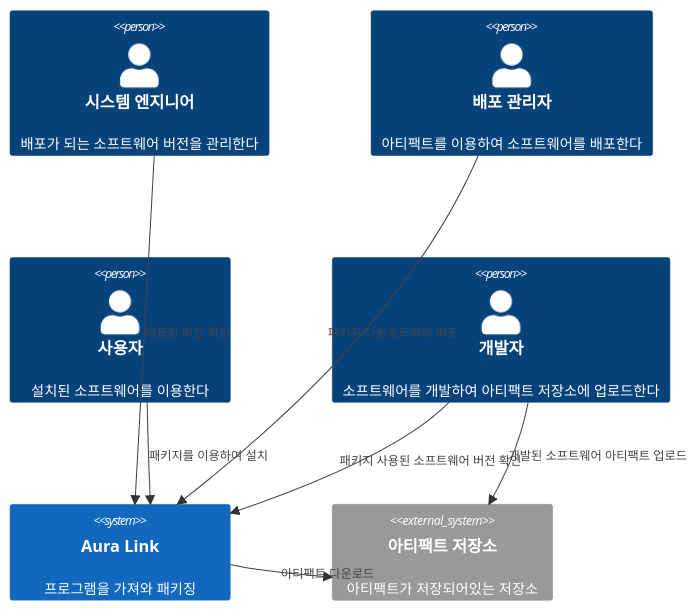
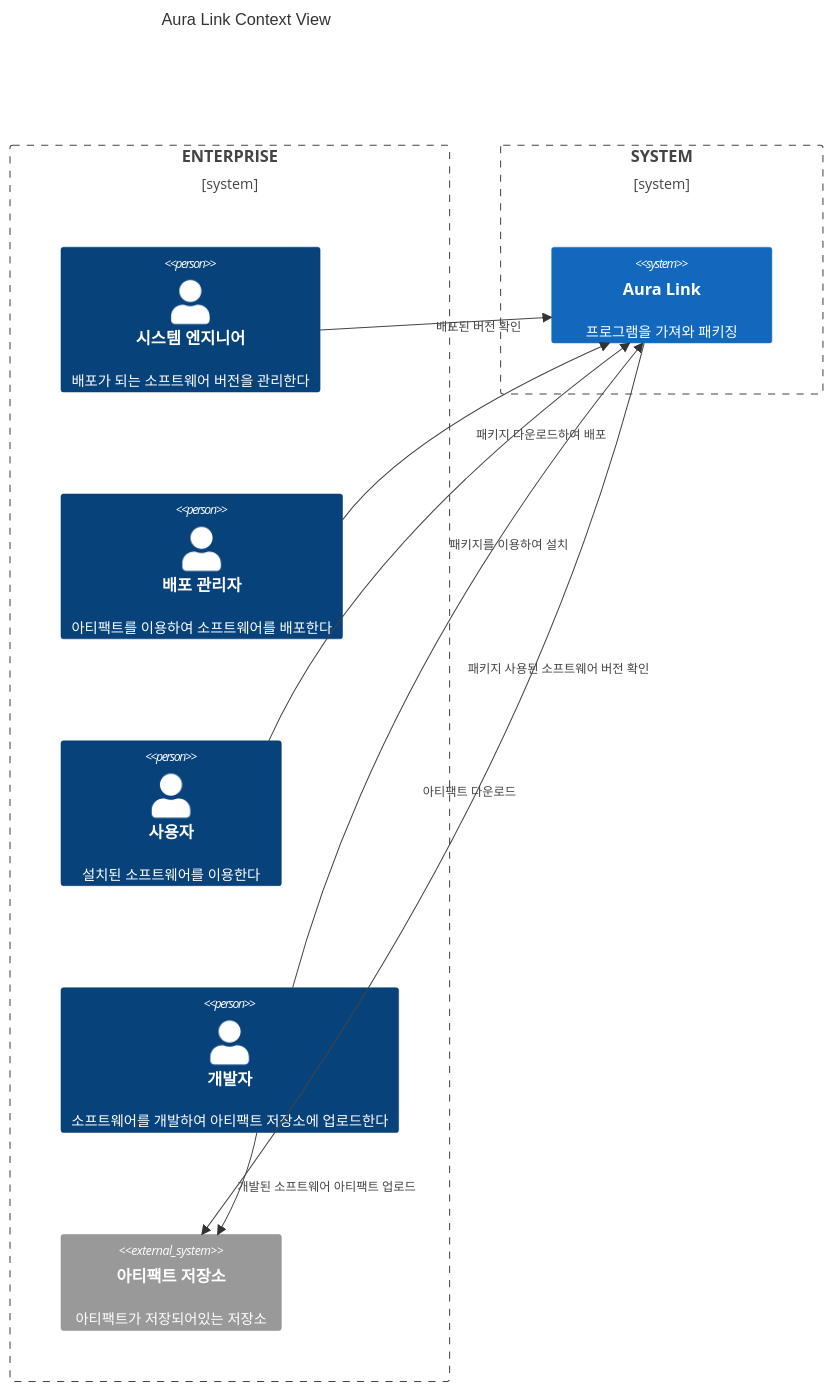
One commit to jameskwon07/AuraLink changed the first of 2 diagrams in docs/auralink_sdd.md. Above: the diagram before and after it, drawn with Mermaid. The commit also changed other lines of this file, not shown here.

````diff
--- a/docs/auralink_sdd.md
+++ b/docs/auralink_sdd.md
@@ -52,19 +49,26 @@
 ```mermaid
 C4Context
 
-Person(sys, "시스템 엔지니어", "배포가 되는 소프트웨어 버전을 관리한다")
-Person(ops, "배포 관리자", "아티팩트를 이용하여 소프트웨어를 배포한다")
-Person(user, "사용자", "설치된 소프트웨어를 이용한다")
-Person(dev, "개발자", "소프트웨어를 개발하여 아티팩트 저장소에 업로드한다")
-System(aura_link, "Aura Link", "프로그램을 가져와 패키징")
-System_Ext(artifacts, "아티팩트 저장소", "아티팩트가 저장되어있는 저장소")
+title Aura Link Context View
+
+Enterprise_Boundary("Enterprise") {
+  Person(sys, "시스템 엔지니어", "배포가 되는 소프트웨어 버전을 관리한다")
+  Person(ops, "배포 관리자", "아티팩트를 이용하여 소프트웨어를 배포한다")
+  Person(user, "사용자", "설치된 소프트웨어를 이용한다")
+  Person(dev, "개발자", "소프트웨어를 개발하여 아티팩트 저장소에 업로드한다")
+
+  System_Ext(artifacts, "아티팩트 저장소", "아티팩트가 저장되어있는 저장소")
+}
+System_Boundary("Aura Link") {
+  System(aura_link, "Aura Link", "프로그램을 가져와 패키징")
+}
     
 
 Rel(sys, aura_link, "배포된 버전 확인")
 Rel(dev, artifacts, "개발된 소프트웨어 아티팩트 업로드")
 Rel(dev, aura_link, "패키지 사용된 소프트웨어 버전 확인")
 Rel(ops, aura_link, "아티팩트를 이용하여 소프트웨어 패키징")
 Rel(ops, aura_link, "패키지 다운로드하여 배포")
 Rel(aura_link, artifacts, "아티팩트 다운로드")
 Rel(user, aura_link, "패키지를 이용하여 설치")
 ```
````
